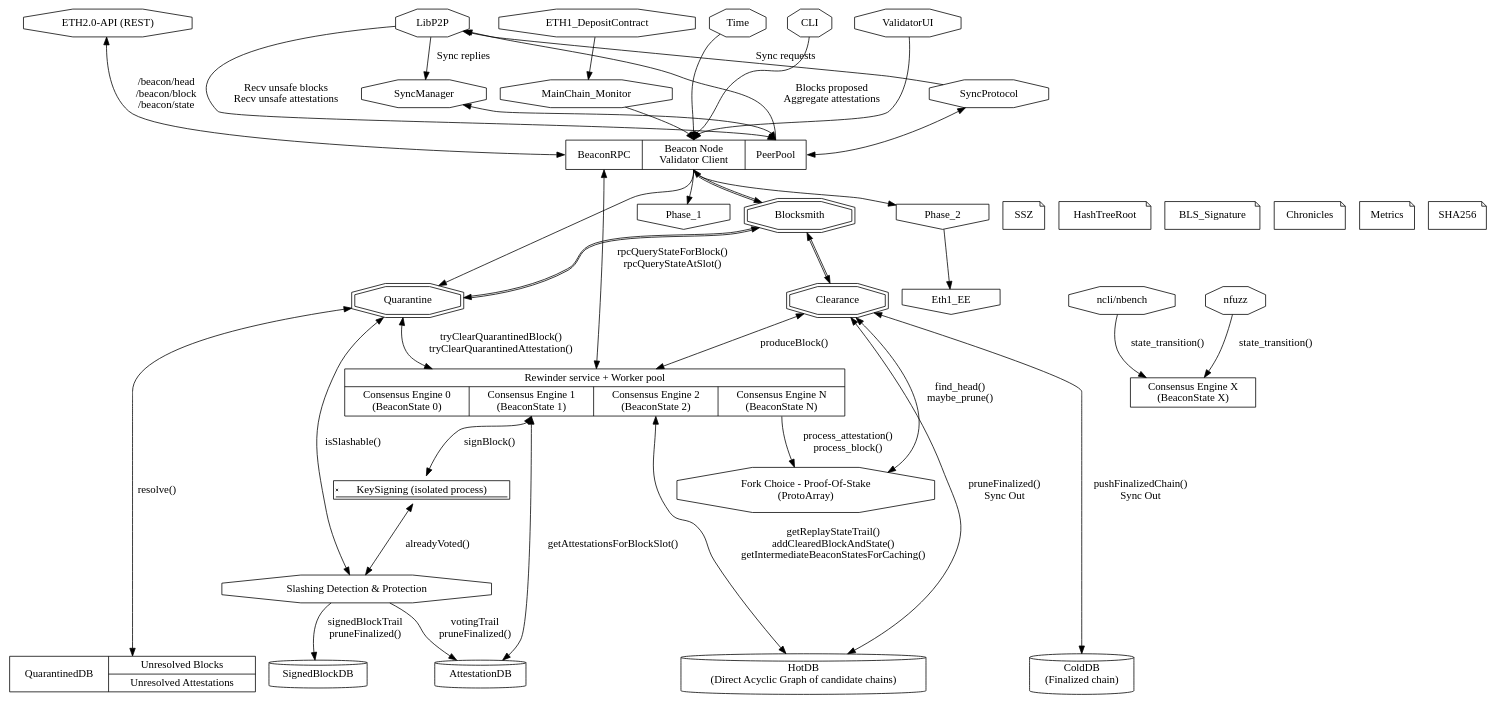
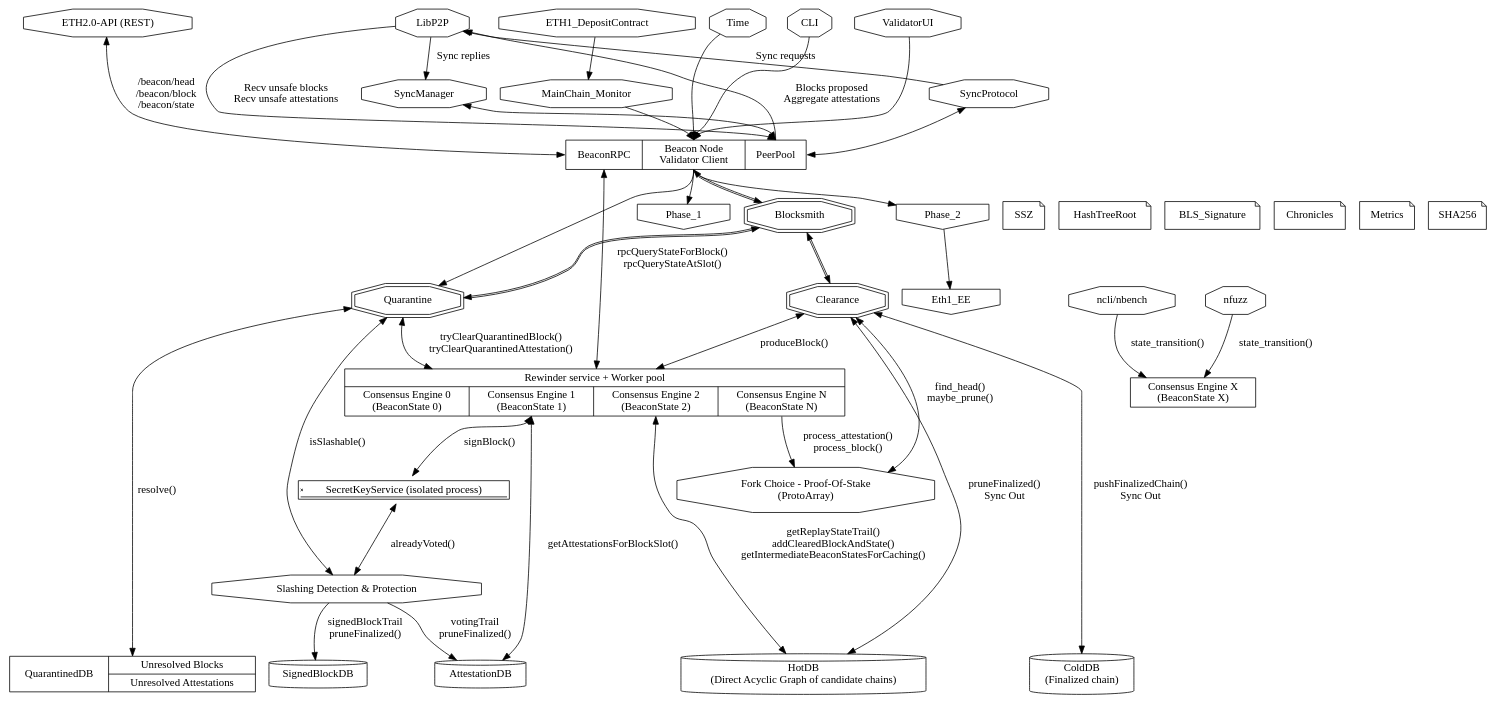
One commit to mratsim/blocksmith changed the diagram in architecture_phase0.dot. Above: the diagram before and after it, drawn with Graphviz. The commit also changed 7 other files, not shown here.

Commit message:
Add a secret key client for a remote signing service

```diff
--- a/architecture_phase0.dot
+++ b/architecture_phase0.dot
@@ -1,86 +1,86 @@
 digraph architecture{
-  node [shape = signature]; KeySigning [label="KeySigning (isolated process)"];
+  node [shape = signature]; SecretKeyService [label="SecretKeyService (isolated process)"];
   node [shape = octagon]; SyncManager SyncProtocol MainChain_Monitor Time CLI ValidatorUI Slashing LibP2P ETH2_API ncli nfuzz ForkChoice;
   ETH2_API [label="ETH2.0-API (REST)"];
   Slashing [label="Slashing Detection & Protection"];
   ForkChoice [label="Fork Choice - Proof-Of-Stake\n(ProtoArray)"];
   {rank = source; ETH1_DepositContract LibP2P ETH2_API CLI Time ValidatorUI;}
 
   node [shape = record] BeaconNode;
   BeaconNode [label="<rpc> BeaconRPC | <nbc> Beacon Node \n Validator Client | <PeerPool>PeerPool"]
 
   ncli [label="ncli/nbench"];
   {rank = same; ncli; nfuzz;}
 
   node [shape = doubleoctagon]; Blocksmith Quarantine Clearance;
   node [shape = invhouse]; Phase_1 Phase_2 Eth1_EE;
   node [shape = note] SSZ HashTreeRoot BLS_Signature Chronicles Metrics SHA256
   {rank = same; Blocksmith Phase_1 Phase_2 SSZ HashTreeRoot BLS_Signature Chronicles Metrics SHA256;}
 
   BeaconNode:nbc -> Phase_1
   BeaconNode:nbc -> Phase_2
   Phase_2 -> Eth1_EE
 
   node [shape = record]; QuarantinedDB;
   QuarantinedDB [label="QuarantinedDB | {Unresolved Blocks | Unresolved Attestations}"];
 
   node [shape = record]; Rewinder;
   node [shape = box]; BeaconState_X;
   BeaconState_X [label="Consensus Engine X\n(BeaconState X)"]
 
   Rewinder [label="{Rewinder service + Worker pool|{<bs0>Consensus Engine 0\n(BeaconState 0)|<bs1>Consensus Engine 1\n(BeaconState 1)|<bs2>Consensus Engine 2\n(BeaconState 2)|<bsN>Consensus Engine N\n(BeaconState N)}}"];
   {rank = same; Rewinder BeaconState_X;}
 
   node [shape = cylinder]; AttestationDB HotDB ColdDB;
   {rank = sink; AttestationDB SignedBlockDB HotDB ColdDB QuarantinedDB;}
   HotDB [label="HotDB\n(Direct Acyclic Graph of candidate chains)"]
   ColdDB [label="ColdDB\n(Finalized chain)"]
 
   {rank = same; MainChain_Monitor SyncManager SyncProtocol;}
   ETH1_DepositContract -> MainChain_Monitor
   MainChain_Monitor -> BeaconNode:nbc
 
   SyncManager -> BeaconNode:PeerPool [dir=both]
   SyncProtocol -> BeaconNode:PeerPool [dir=both]
 
   CLI -> BeaconNode:nbc
   ValidatorUI -> BeaconNode:nbc
   Time -> BeaconNode:nbc
   BeaconNode:nbc -> Blocksmith [dir=both color="black:black"]
   BeaconNode:nbc -> Quarantine
   Blocksmith -> Quarantine [dir=both color="black:black"]
   Blocksmith -> Clearance [dir=both color="black:black"]
   Quarantine -> QuarantinedDB [dir=both label="resolve()"]
 
   ncli -> BeaconState_X [label="state_transition()"]
   nfuzz -> BeaconState_X [label="state_transition()"]
 
   SyncProtocol -> LibP2P [label="Sync requests"]
   LibP2P -> SyncManager [label="Sync replies"]
 
   LibP2P -> BeaconNode:PeerPool [label="Recv unsafe blocks\nRecv unsafe attestations"]
   BeaconNode:PeerPool -> LibP2P [label="Blocks proposed\nAggregate attestations"]
   ETH2_API -> BeaconNode:rpc [dir="both", label="/beacon/head\n/beacon/block\n/beacon/state"]
 
   BeaconNode:rpc -> Rewinder [dir="both", label="rpcQueryStateForBlock()\nrpcQueryStateAtSlot()"]
 
   Clearance -> ForkChoice [dir="both", label="find_head()\nmaybe_prune()"]
   Rewinder:bsN -> ForkChoice [label="process_attestation()\nprocess_block()"]
 
   Quarantine -> Slashing [dir="both", label="isSlashable()"]
-  Rewinder:bs1 -> KeySigning [dir="both", label="signBlock()"]
-  KeySigning -> Slashing [dir="both", label="alreadyVoted()"]
+  Rewinder:bs1 -> SecretKeyService [dir="both", label="signBlock()"]
+  SecretKeyService -> Slashing [dir="both", label="alreadyVoted()"]
   Slashing -> AttestationDB [label="votingTrail\npruneFinalized()"]
   Slashing -> SignedBlockDB [label="signedBlockTrail\npruneFinalized()"]
   Rewinder:bs1 -> AttestationDB [dir="both", label="getAttestationsForBlockSlot()"]
 
   Clearance -> HotDB [dir="both", label="pruneFinalized()\nSync Out"]
 
   Rewinder:bs2 -> HotDB [dir="both", label="getReplayStateTrail()\naddClearedBlockAndState()\ngetIntermediateBeaconStatesForCaching()"]
 
   Quarantine -> Rewinder [dir="both", label="tryClearQuarantinedBlock()\ntryClearQuarantinedAttestation()"]
   Clearance -> Rewinder [dir="both", label="produceBlock()"]
 
 
   Clearance -> ColdDB [dir="both", label="pushFinalizedChain()\nSync Out"]
 }
```
